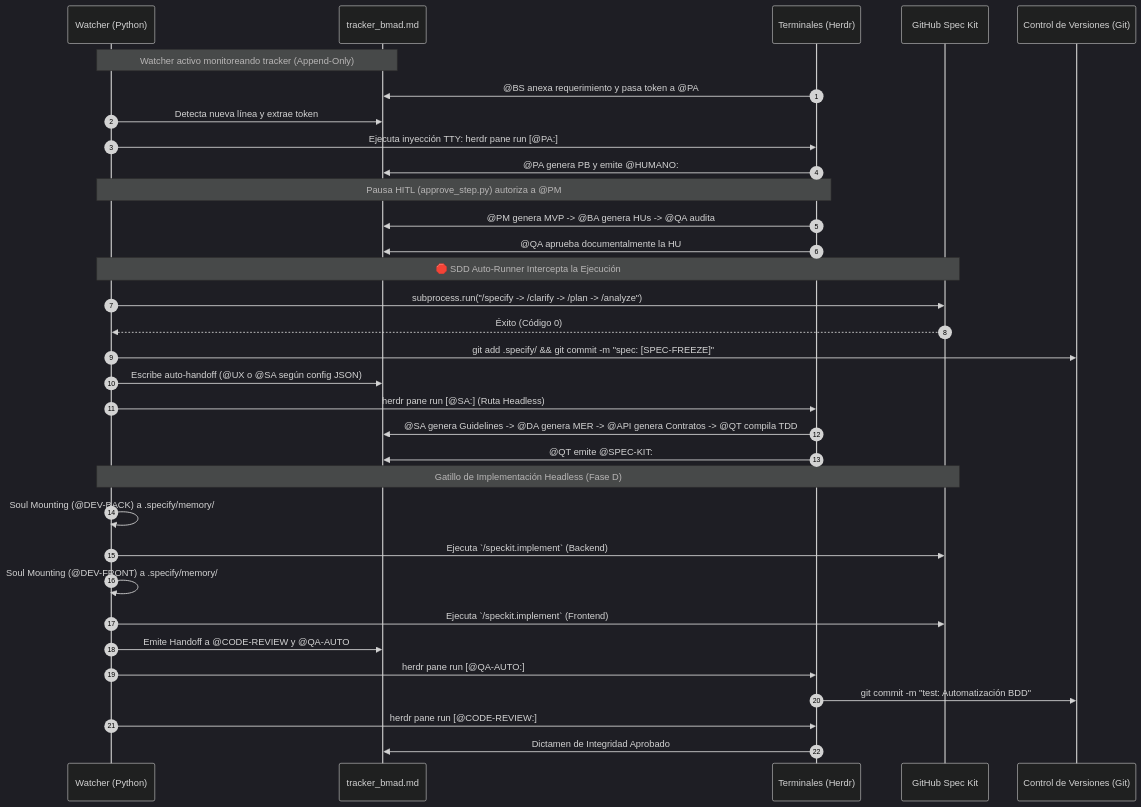
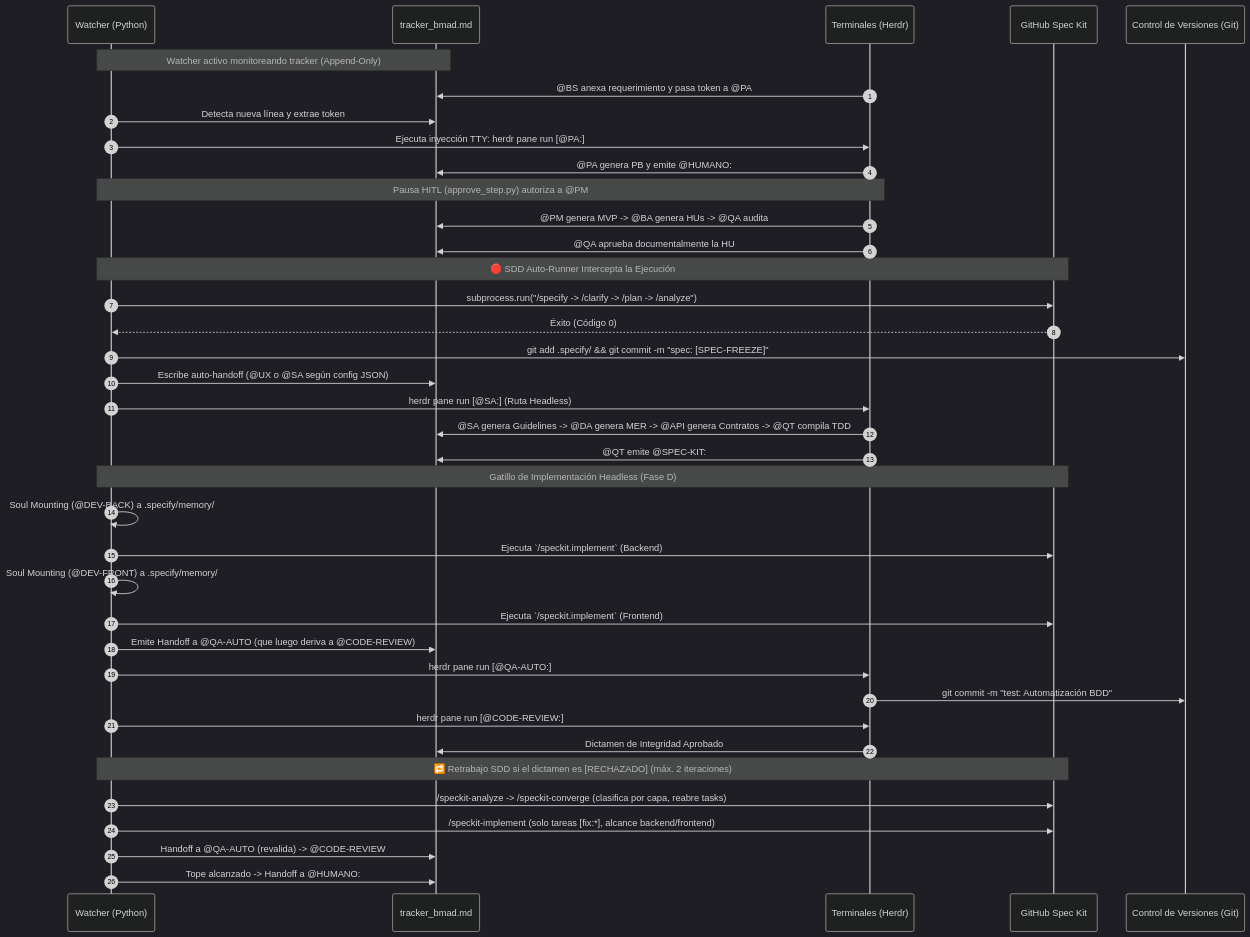
The second of 3 diagrams in ARCHITECTURE.md (pauloravicaceres/tech-work-hub), drawn with Mermaid (dark theme) before and after one commit. The commit also changed other lines of this file and 67 other files, not shown here.

````diff
--- a/ARCHITECTURE.md
+++ b/ARCHITECTURE.md
@@ -88,42 +88,48 @@
 ```mermaid
 sequenceDiagram
     autonumber
     participant W as Watcher (Python)
     participant T as tracker_bmad.md
     participant Herdr as Terminales (Herdr)
     participant S as GitHub Spec Kit
     participant G as Control de Versiones (Git)
 
     Note over W, T: Watcher activo monitoreando tracker (Append-Only)
     Herdr->>T: @BS anexa requerimiento y pasa token a @PA
     
     W->>T: Detecta nueva línea y extrae token
     W->>Herdr: Ejecuta inyección TTY: herdr pane run [@PA:]
     Herdr->>T: @PA genera PB y emite @HUMANO:
     
     Note over W, Herdr: Pausa HITL (approve_step.py) autoriza a @PM
     Herdr->>T: @PM genera MVP -> @BA genera HUs -> @QA audita
     Herdr->>T: @QA aprueba documentalmente la HU
     
     Note over W, S: 🛑 SDD Auto-Runner Intercepta la Ejecución
     W->>S: subprocess.run("/specify -> /clarify -> /plan -> /analyze")
     S-->>W: Éxito (Código 0)
     W->>G: git add .specify/ && git commit -m "spec: [SPEC-FREEZE]"
     W->>T: Escribe auto-handoff (@UX o @SA según config JSON)
     
     W->>Herdr: herdr pane run [@SA:] (Ruta Headless)
     Herdr->>T: @SA genera Guidelines -> @DA genera MER -> @API genera Contratos -> @QT compila TDD
     Herdr->>T: @QT emite @SPEC-KIT:
     
     Note over W, S: Gatillo de Implementación Headless (Fase D)
     W->>W: Soul Mounting (@DEV-BACK) a .specify/memory/
     W->>S: Ejecuta `/speckit.implement` (Backend)
     W->>W: Soul Mounting (@DEV-FRONT) a .specify/memory/
     W->>S: Ejecuta `/speckit.implement` (Frontend)
-    W->>T: Emite Handoff a @CODE-REVIEW y @QA-AUTO
+    W->>T: Emite Handoff a @QA-AUTO (que luego deriva a @CODE-REVIEW)
 
     W->>Herdr: herdr pane run [@QA-AUTO:]
     Herdr->>G: git commit -m "test: Automatización BDD"
     W->>Herdr: herdr pane run [@CODE-REVIEW:]
     Herdr->>T: Dictamen de Integridad Aprobado
+
+    Note over W, S: 🔁 Retrabajo SDD si el dictamen es [RECHAZADO] (máx. 2 iteraciones)
+    W->>S: /speckit-analyze -> /speckit-converge (clasifica por capa, reabre tasks)
+    W->>S: /speckit-implement (solo tareas [fix:*], alcance backend/frontend)
+    W->>T: Handoff a @QA-AUTO (revalida) -> @CODE-REVIEW
+    W->>T: Tope alcanzado -> Handoff a @HUMANO:
 ```
````
